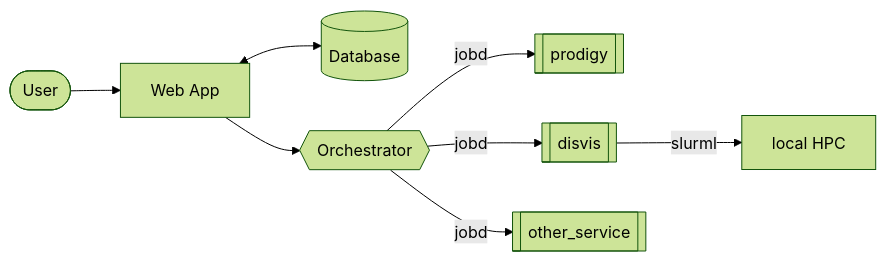
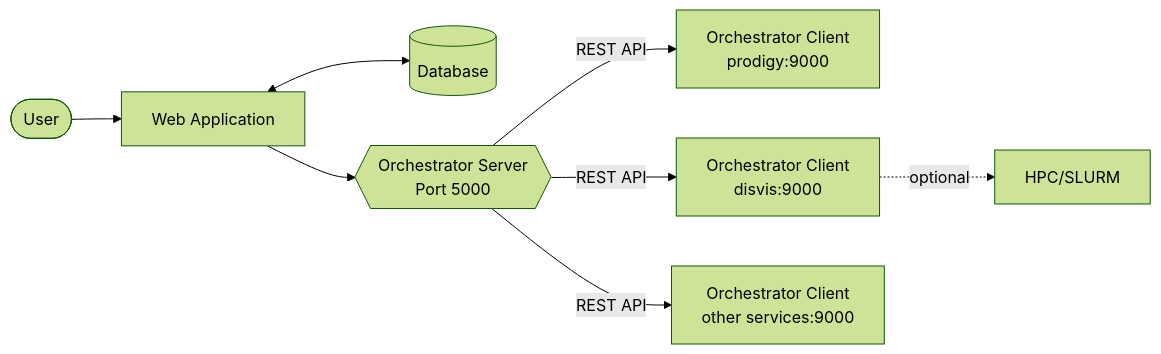
Before and after one commit to rvhonorato/orchestrator: the diagram in README.md, drawn with Mermaid (forest theme). The commit also changed other lines of this file, not shown here.

````diff
--- a/README.md
+++ b/README.md
@@ -25,10 +29,10 @@
 ```mermaid
 flowchart LR
-    B([User]) --> C[Web App]
-    C[Web App] <--> Y[(Database)]
-    C[Web App] --> X{{Orchestrator}}
-    X -->|jobd| D[[prodigy]]
-    X -->|jobd| E[[disvis]]
-    X -->|jobd| G[[other_service]]
-    E -->|slurml| H[local HPC]
+    B([User]) --> C[Web Application]
+    C[Web Application] <--> Y[(Database)]
+    C --> X{{Orchestrator Server<br/>Port 5000}}
+    X -->|REST API| D[Orchestrator Client<br/>prodigy:9000]
+    X -->|REST API| E[Orchestrator Client<br/>disvis:9000]
+    X -->|REST API| G[Orchestrator Client<br/>other services:9000]
+    E -.->|optional| H[HPC/SLURM]
 ```
````
